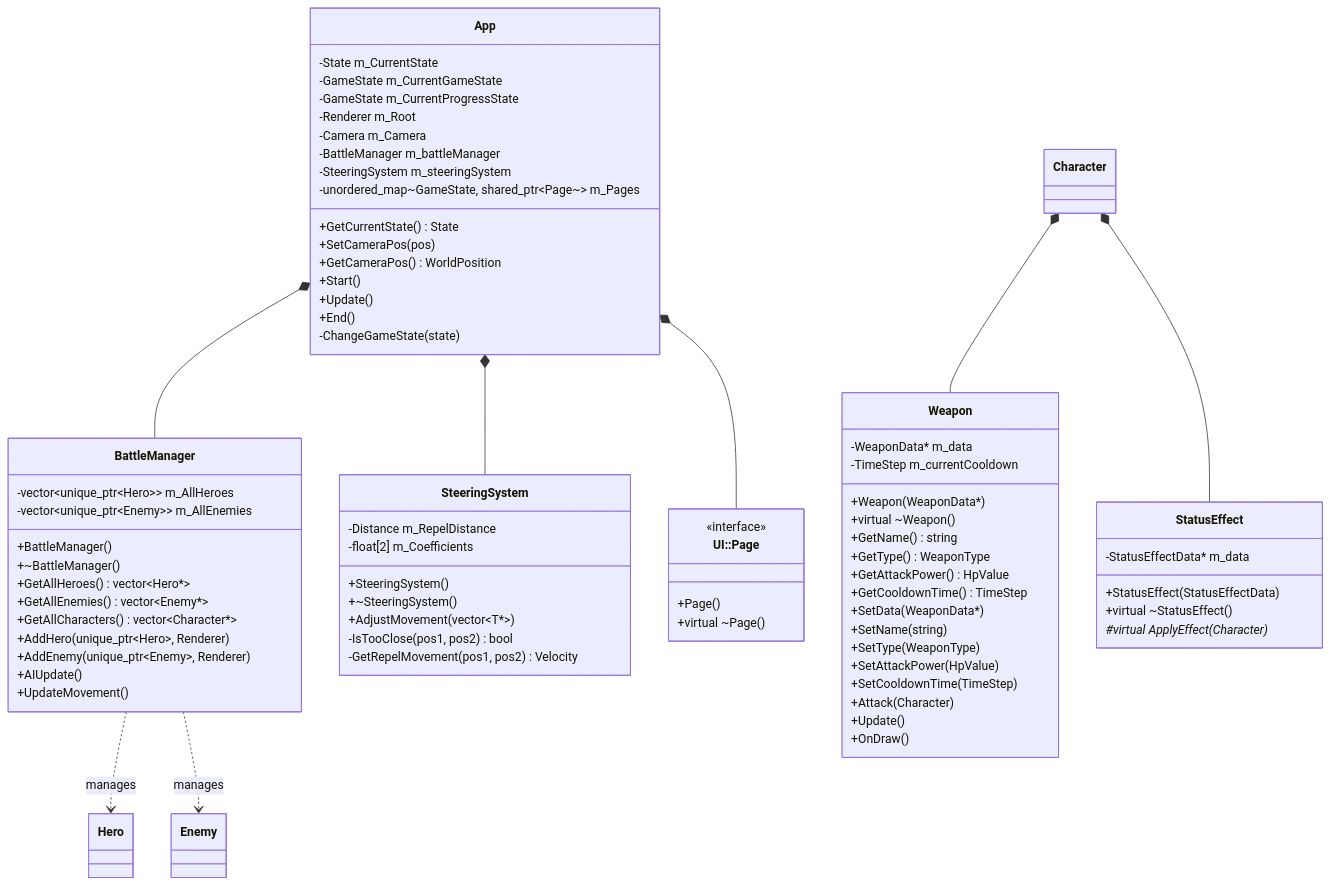
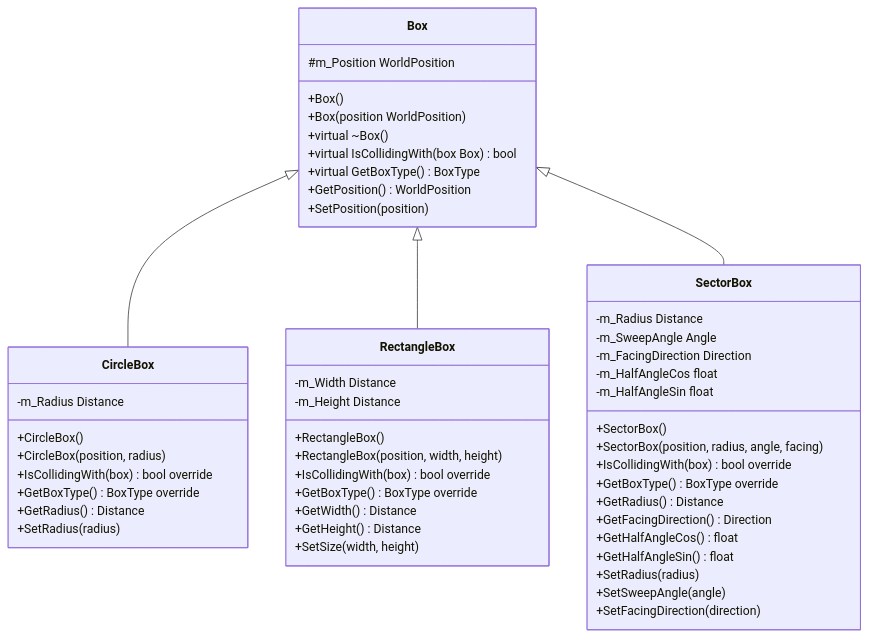
The third of 4 diagrams in Constructuer.md (coolooc-Wei/UnderGuild_Offence), drawn with Mermaid before and after one commit. The commit also changed other lines of this file and 13 other files, not shown here.

````diff
--- a/Constructuer.md
+++ b/Constructuer.md
@@ -154,88 +341,59 @@
 classDiagram
     direction TB
 
-    class App {
-        -State m_CurrentState
-        -GameState m_CurrentGameState
-        -GameState m_CurrentProgressState
-        -Renderer m_Root
-        -Camera m_Camera
-        -BattleManager m_battleManager
-        -SteeringSystem m_steeringSystem
-        -unordered_map~GameState, shared_ptr~Page~~ m_Pages
-        +GetCurrentState() State
-        +SetCameraPos(pos)
-        +GetCameraPos() WorldPosition
-        +Start()
-        +Update()
-        +End()
-        -ChangeGameState(state)
+    class Box {
+        +Box()
+        +Box(position WorldPosition)
+        +virtual ~Box()
+        +virtual IsCollidingWith(box Box) bool
+        +virtual GetBoxType() BoxType
+        +GetPosition() WorldPosition
+        +SetPosition(position)
+        #m_Position WorldPosition
     }
 
-    class BattleManager {
-        -vector~unique_ptr~Hero~~ m_AllHeroes
-        -vector~unique_ptr~Enemy~~ m_AllEnemies
-        +BattleManager()
-        +~BattleManager()
-        +GetAllHeroes() vector~Hero*~
-        +GetAllEnemies() vector~Enemy*~
-        +GetAllCharacters() vector~Character*~
-        +AddHero(unique_ptr~Hero~, Renderer)
-        +AddEnemy(unique_ptr~Enemy~, Renderer)
-        +AIUpdate()
-        +UpdateMovement()
+    class CircleBox {
+        +CircleBox()
+        +CircleBox(position, radius)
+        +IsCollidingWith(box) bool override
+        +GetBoxType() BoxType override
+        +GetRadius() Distance
+        +SetRadius(radius)
+        -m_Radius Distance
     }
 
-    class SteeringSystem {
-        -Distance m_RepelDistance
-        -float[2] m_Coefficients
-        +SteeringSystem()
-        +~SteeringSystem()
-        +AdjustMovement(vector~T*~)
-        -IsTooClose(pos1, pos2) bool
-        -GetRepelMovement(pos1, pos2) Velocity
+    class RectangleBox {
+        +RectangleBox()
+        +RectangleBox(position, width, height)
+        +IsCollidingWith(box) bool override
+        +GetBoxType() BoxType override
+        +GetWidth() Distance
+        +GetHeight() Distance
+        +SetSize(width, height)
+        -m_Width Distance
+        -m_Height Distance
     }
 
-    class Weapon {
-        -WeaponData* m_data
-        -TimeStep m_currentCooldown
-        +Weapon(WeaponData*)
-        +virtual ~Weapon()
-        +GetName() string
-        +GetType() WeaponType
-        +GetAttackPower() HpValue
-        +GetCooldownTime() TimeStep
-        +SetData(WeaponData*)
-        +SetName(string)
-        +SetType(WeaponType)
-        +SetAttackPower(HpValue)
-        +SetCooldownTime(TimeStep)
-        +Attack(Character)
-        +Update()
-        +OnDraw()
+    class SectorBox {
+        +SectorBox()
+        +SectorBox(position, radius, angle, facing)
+        +IsCollidingWith(box) bool override
+        +GetBoxType() BoxType override
+        +GetRadius() Distance
+        +GetFacingDirection() Direction
+        +GetHalfAngleCos() float
+        +GetHalfAngleSin() float
+        +SetRadius(radius)
+        +SetSweepAngle(angle)
+        +SetFacingDirection(direction)
+        -m_Radius Distance
+        -m_SweepAngle Angle
+        -m_FacingDirection Direction
+        -m_HalfAngleCos float
+        -m_HalfAngleSin float
     }
 
-    class StatusEffect {
-        -StatusEffectData* m_data
-        +StatusEffect(StatusEffectData)
-        +virtual ~StatusEffect()
-        #virtual ApplyEffect(Character)*
-    }
-
-    class Page["UI::Page"] {
-        <<interface>>
-        +Page()
-        +virtual ~Page()
-    }
-
-    %% 關聯與組合
-    App *-- BattleManager
-    App *-- SteeringSystem
-    App *-- Page
-    
-    BattleManager ..> Hero : manages
-    BattleManager ..> Enemy : manages
-
-    Character *-- Weapon
-    Character *-- StatusEffect
+    Box <|-- CircleBox
+    Box <|-- RectangleBox
+    Box <|-- SectorBox
 ```
````
